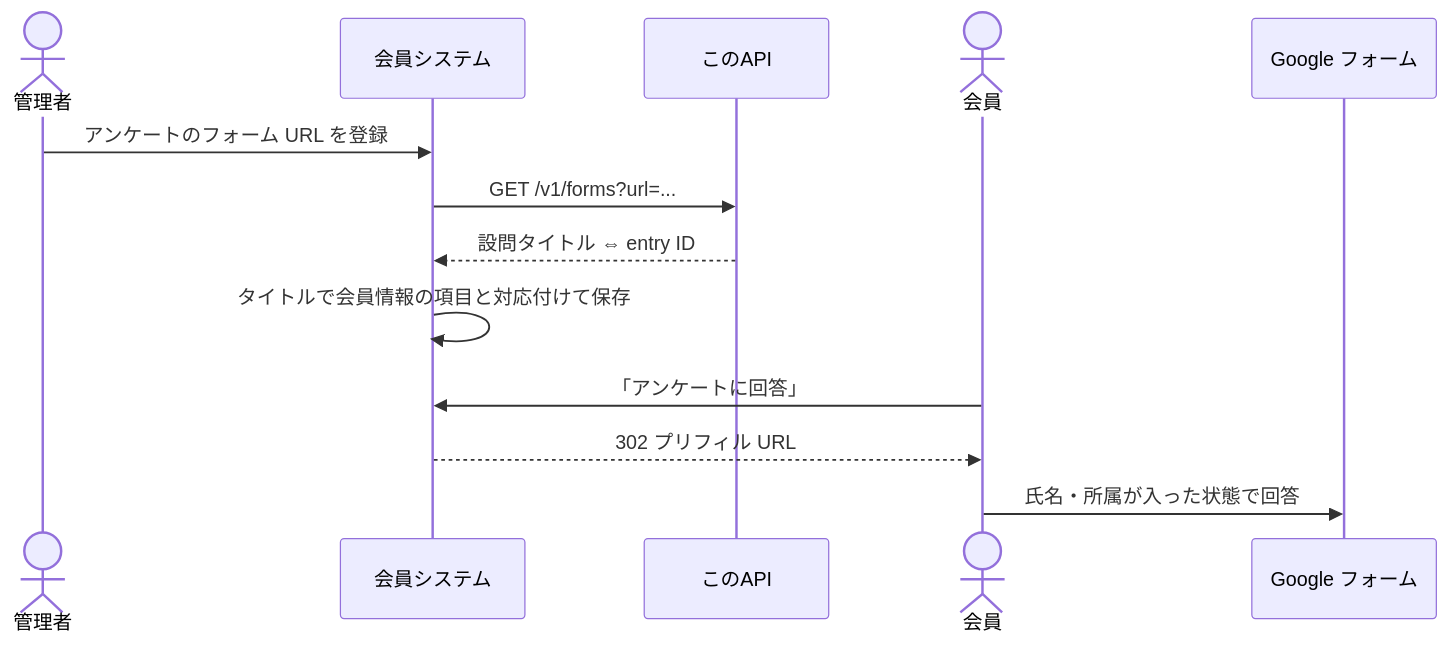
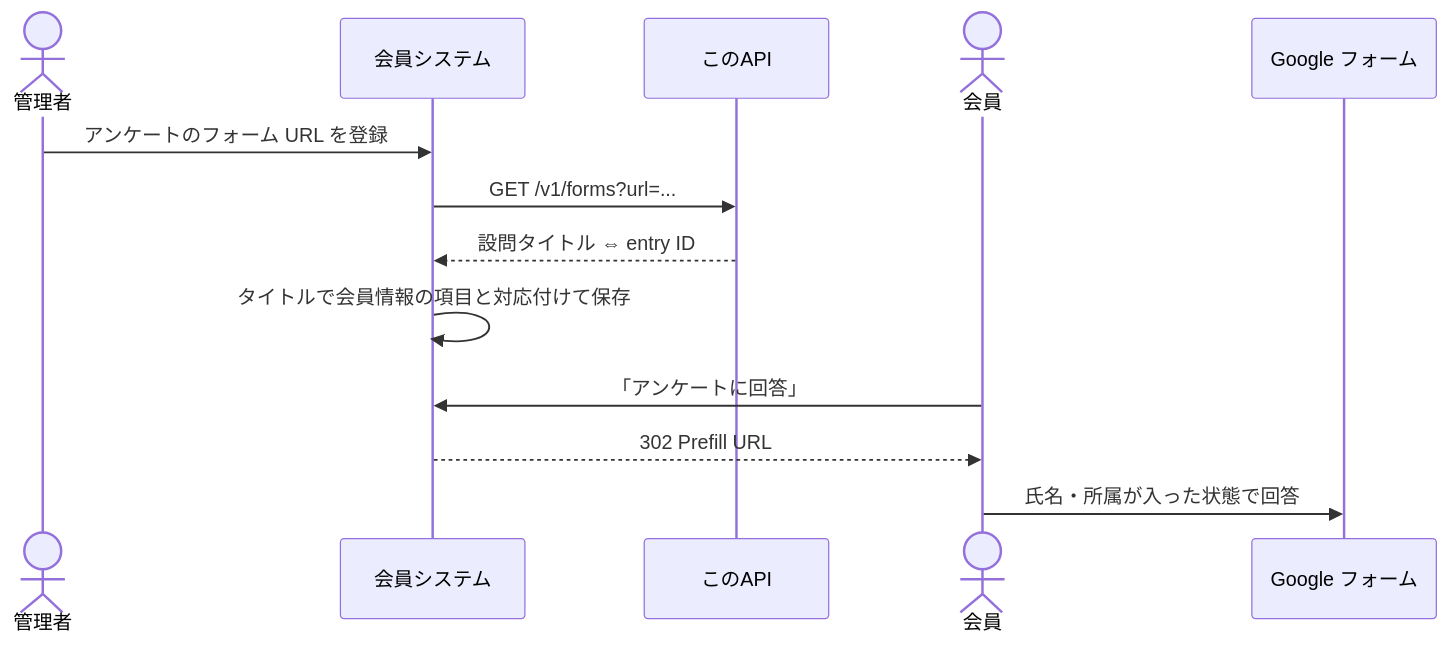
Before and after one commit to kento2247/googleformparser: the fifth of 5 diagrams in docs/qiita.md, drawn with Mermaid. The commit also changed other lines of this file and 2 other files, not shown here.

````diff
--- a/docs/qiita.md
+++ b/docs/qiita.md
@@ -347,16 +347,16 @@
 ```mermaid
 sequenceDiagram
     actor Admin as 管理者
     participant App as 会員システム
     participant API as このAPI
     actor User as 会員
     participant GF as Google フォーム
 
     Admin->>App: アンケートのフォーム URL を登録
     App->>API: GET /v1/forms?url=...
     API-->>App: 設問タイトル ⇔ entry ID
     App->>App: タイトルで会員情報の項目と対応付けて保存
     User->>App: 「アンケートに回答」
-    App-->>User: 302 プリフィル URL
+    App-->>User: 302 Prefill URL
     User->>GF: 氏名・所属が入った状態で回答
 ```
````
